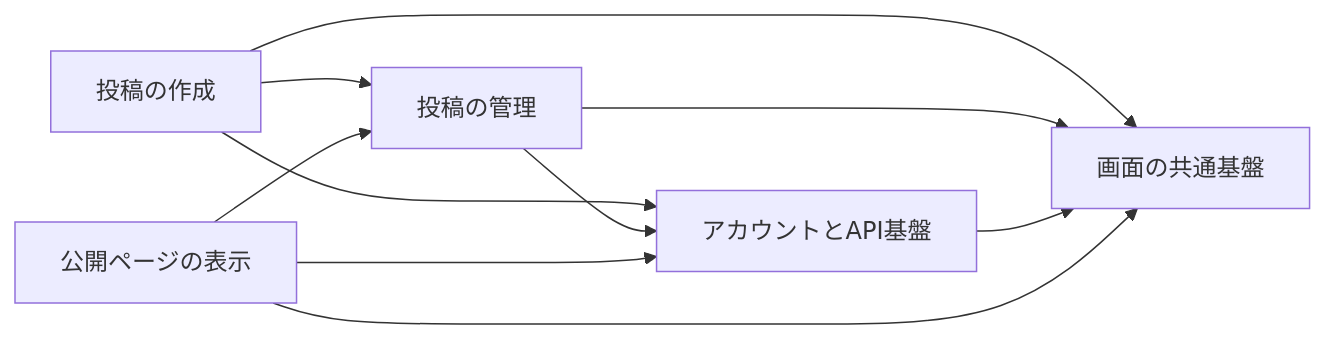
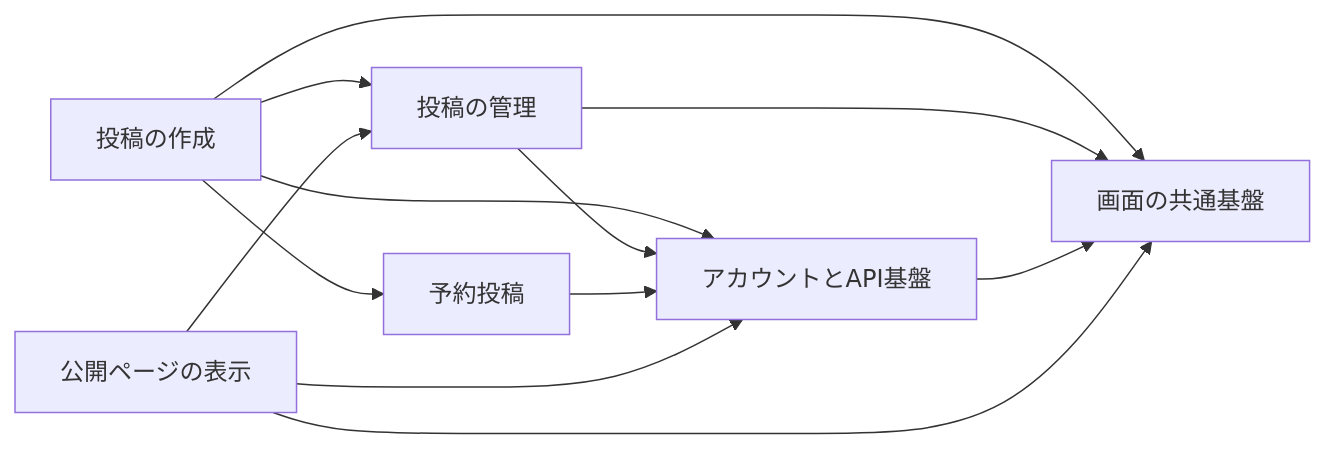
Before and after one commit to nekono-dev/skyshare: the first of 4 diagrams in docs/architecture.md, drawn with Mermaid. The commit also changed other lines of this file and 14 other files, not shown here.

````diff
--- a/docs/architecture.md
+++ b/docs/architecture.md
@@ -33,12 +36,14 @@
 ```mermaid
 flowchart LR
   compose["投稿の作成"] --> manage["投稿の管理"]
   compose --> common["画面の共通基盤"]
   compose --> base["アカウントとAPI基盤"]
   manage --> common
   manage --> base
   base --> common
+  schedule["予約投稿"] --> base
+  compose --> schedule
   view["公開ページの表示"] --> common
   view --> base
   view --> manage
 ```
````
